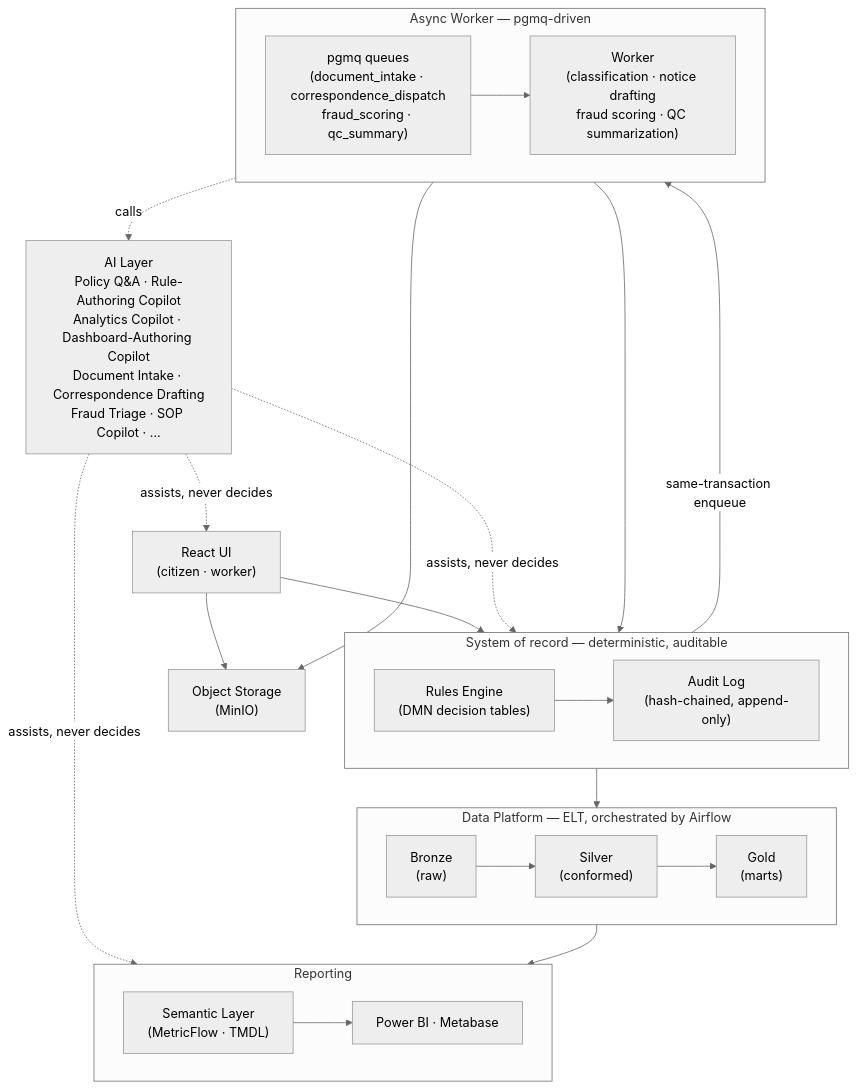
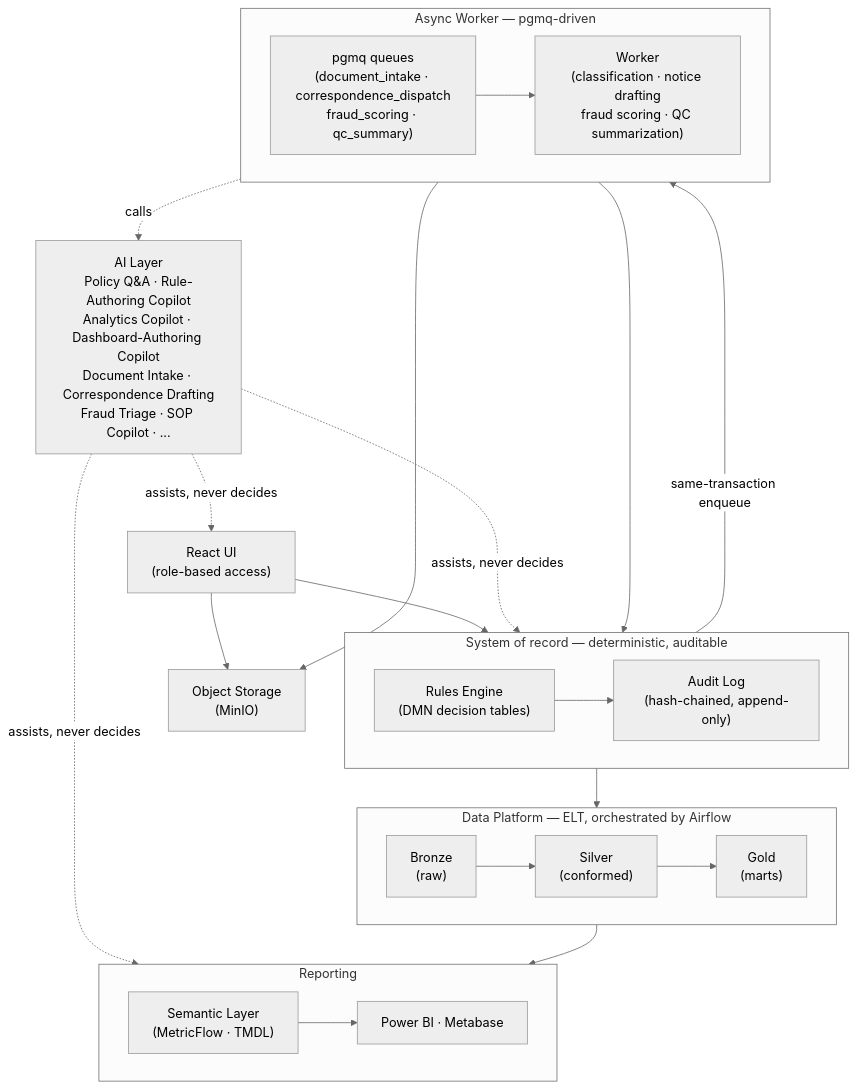
The diagram in README.md (bsreecharanreddy/canopica), drawn with Mermaid (neutral theme) before and after one commit. The commit also changed other lines of this file and 15 other files, not shown here.

````diff
--- a/README.md
+++ b/README.md
@@ -47,41 +52,41 @@
 ```mermaid
 flowchart TB
-    A["React UI\n(citizen · worker)"]
+    A["React UI\n(role-based access)"]
 
     subgraph core["System of record — deterministic, auditable"]
         direction LR
         B["Rules Engine\n(DMN decision tables)"] --> F["Audit Log\n(hash-chained, append-only)"]
     end
 
     M["Object Storage\n(MinIO)"]
 
     subgraph async["Async Worker — pgmq-driven"]
         direction LR
         Q["pgmq queues\n(document_intake · correspondence_dispatch\nfraud_scoring · qc_summary)"] --> W["Worker\n(classification · notice drafting\nfraud scoring · QC summarization)"]
     end
 
     subgraph data["Data Platform — ELT, orchestrated by Airflow"]
         direction LR
         C1["Bronze\n(raw)"] --> C2["Silver\n(conformed)"] --> C3["Gold\n(marts)"]
     end
 
     subgraph bi["Reporting"]
         direction LR
         G["Semantic Layer\n(MetricFlow · TMDL)"] --> D["Power BI · Metabase"]
     end
 
     E["AI Layer\nPolicy Q&A · Rule-Authoring Copilot\nAnalytics Copilot · Dashboard-Authoring Copilot\nDocument Intake · Correspondence Drafting\nFraud Triage · SOP Copilot · ..."]
 
     A --> core
     A --> M
     core -- "same-transaction enqueue" --> Q
     W --> M
     W --> core
     core --> C1
     C3 --> G
 
     E -. assists, never decides .-> A
     E -. assists, never decides .-> core
     E -. assists, never decides .-> bi
     W -. calls .-> E
 ```
````
